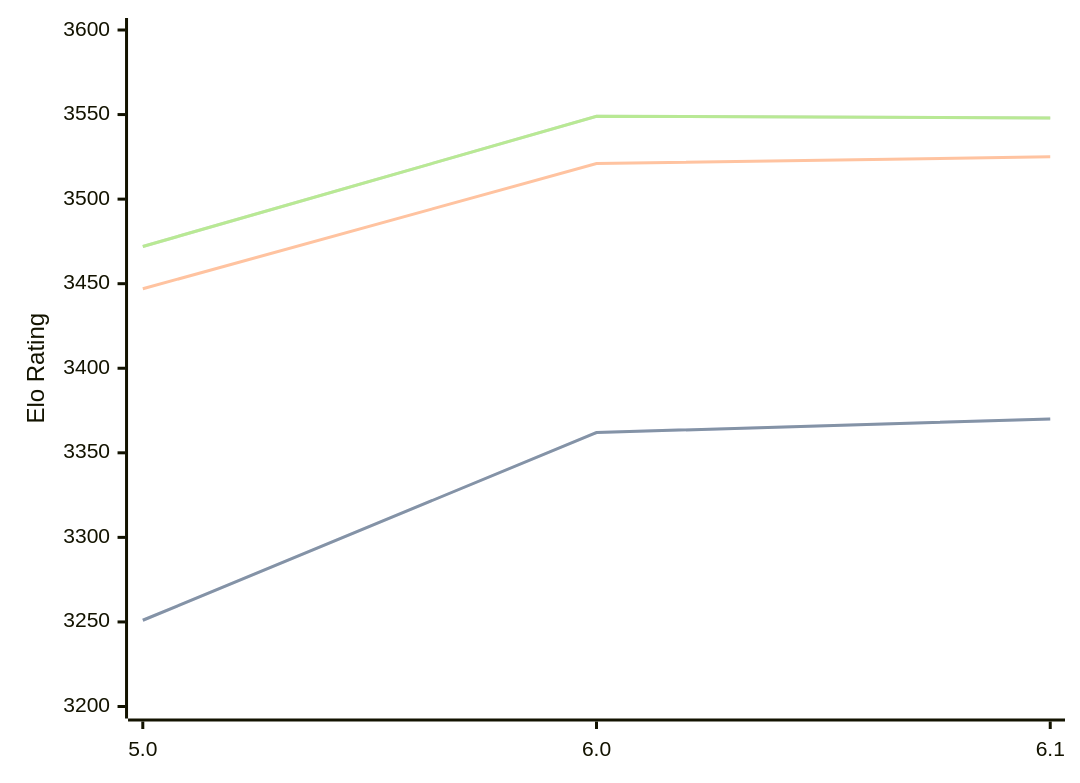
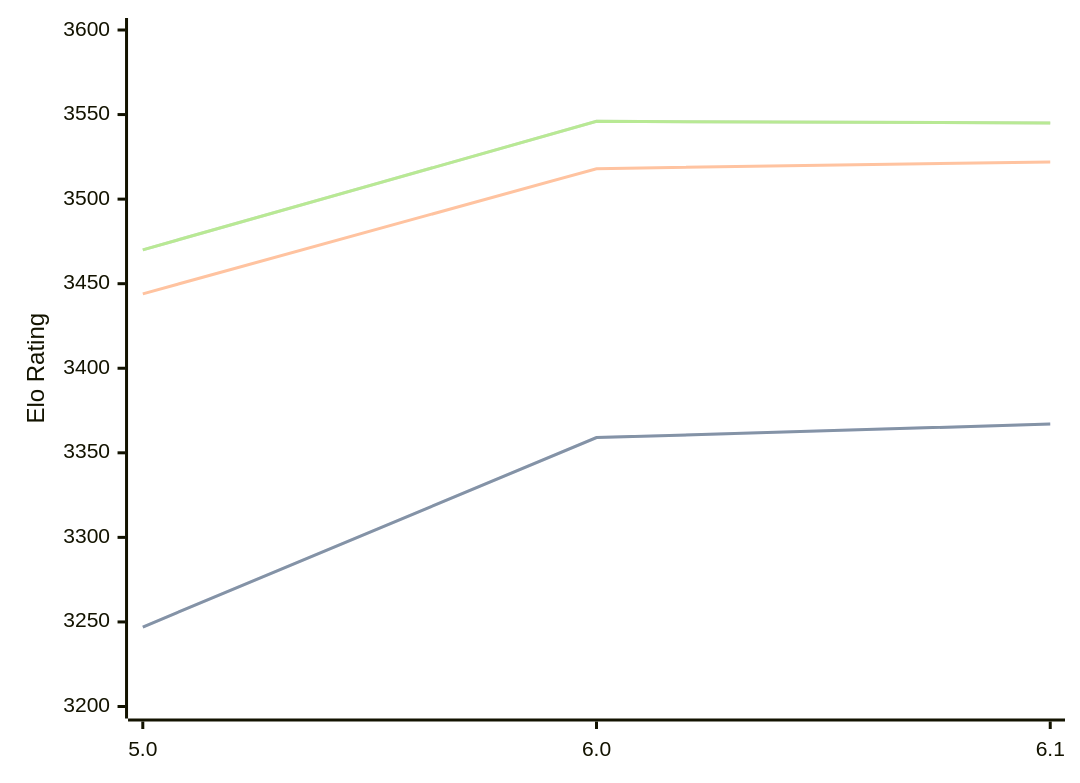
The diagram in engines/Starzix.md (computer-chess-index/cci), drawn with Mermaid before and after one commit. The commit also changed other lines of this file, not shown here.

Commit message:
Update CCI Ratings (ELO VLTC) - 2026-04-23

````diff
--- a/engines/Starzix.md
+++ b/engines/Starzix.md
@@ -37,11 +37,11 @@
 ```mermaid
 %%{init: {"theme":"base","themeVariables":{"seriesColors:['#a3a3a3','#222221','#faa371']}}}%%
 xychart-beta
   x-axis ["5.0", "6.0", "6.1"]
   y-axis "Elo Rating" 3200 --> 3600
-  line "STC (8.0+0.08s)" [3251, 3362, 3370]
-  line "STC (8.0+0.08s)" [3251, 3362, 3370]
-  line "LTC (60.0+0.60s)" [3447, 3521, 3525]
-  line "VLTC (2m24s+1.12s)" [3472, 3549, 3548]
-  line "VLTC (2m24s+1.12s)" [3472, 3549, 3548]
+  line "STC (8.0+0.08s)" [3247, 3359, 3367]
+  line "STC (8.0+0.08s)" [3247, 3359, 3367]
+  line "LTC (60.0+0.60s)" [3444, 3518, 3522]
+  line "VLTC (2m24s+1.12s)" [3470, 3546, 3545]
+  line "VLTC (2m24s+1.12s)" [3470, 3546, 3545]
 ```
````
